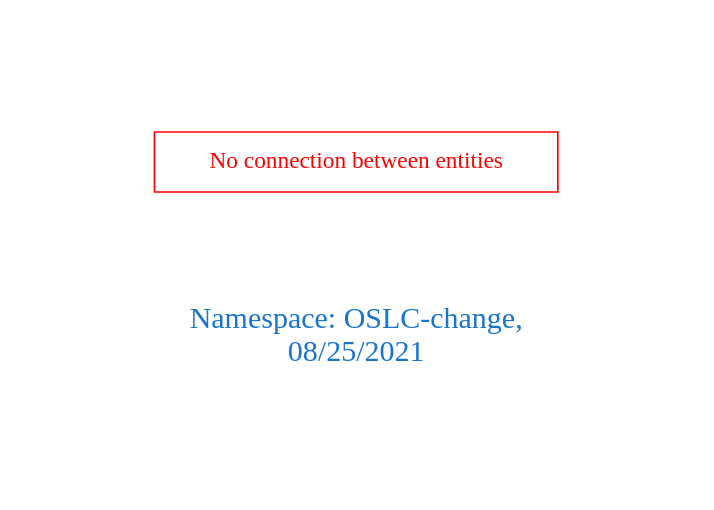
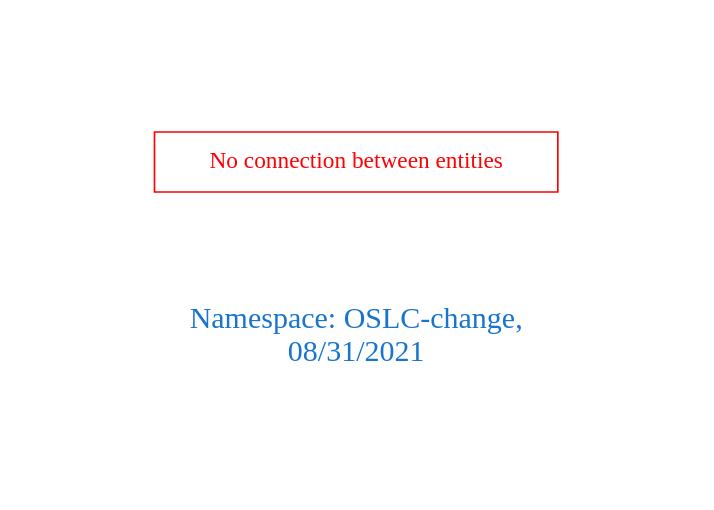
One commit to arago/OGIT changed the diagram in downloads/OSLC-change.dot. Above: the diagram before and after it, drawn with Graphviz. The commit also changed 1906 other files, not shown here.

```diff
--- a/downloads/OSLC-change.dot
+++ b/downloads/OSLC-change.dot
@@ -1,9 +1,9 @@
 digraph OGIT_ontology {
  graph [ rankdir= LR,pad=1 
 fontsize = 18,
-fontcolor= dodgerblue3,label = "\n\n\nNamespace: OSLC-change, \n 08/25/2021"];
+fontcolor= dodgerblue3,label = "\n\n\nNamespace: OSLC-change, \n 08/31/2021"];
 node[shape=polygon];
 edge [  color="gray81"];
 
 "No connection between entities" [fontcolor = "red",color="red", shape="polygon"]
 }
```
